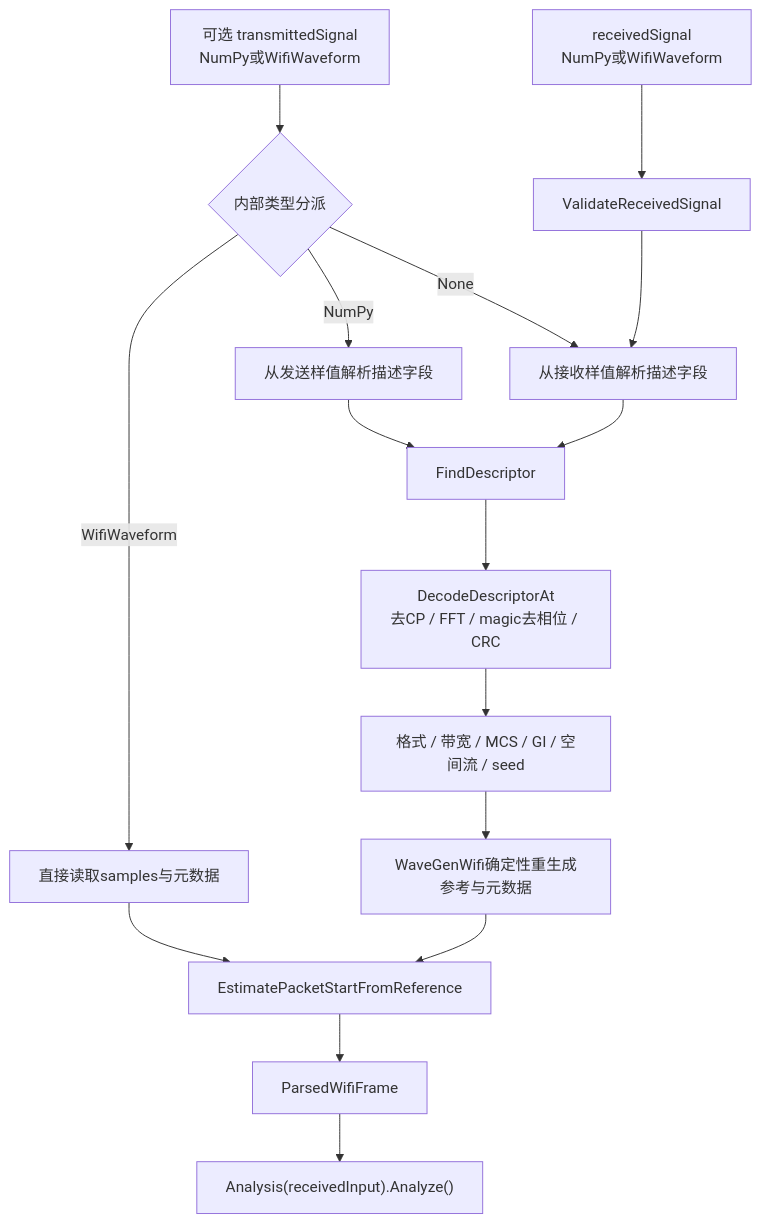
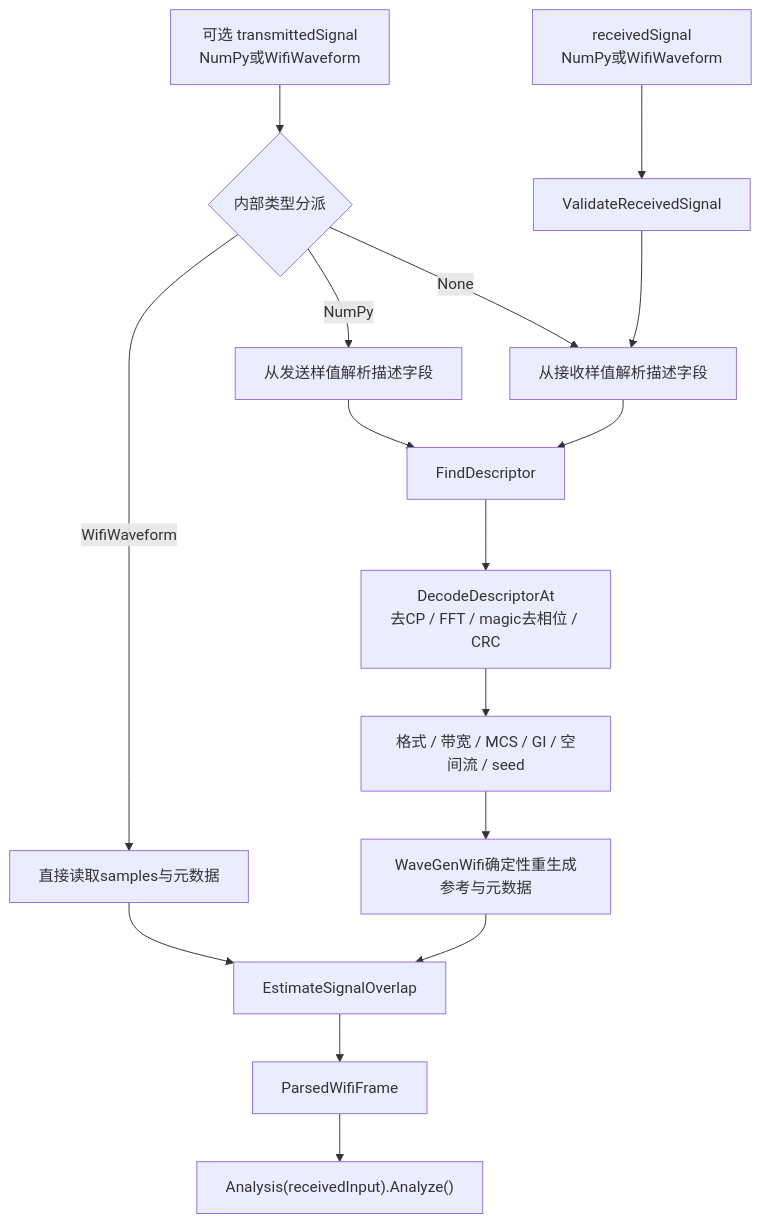
The fifth of 13 diagrams in README.md (niyilu45/DPD_ILC), drawn with Mermaid before and after one commit. The commit also changed other lines of this file and 7 other files, not shown here.

````diff
--- a/README.md
+++ b/README.md
@@ -224,18 +224,18 @@
 ```mermaid
 flowchart TD
     receive["receivedSignal<br/>NumPy或WifiWaveform"] --> validate["ValidateReceivedSignal"]
     transmit["可选 transmittedSignal<br/>NumPy或WifiWaveform"] --> dispatch{"内部类型分派"}
     dispatch -->|WifiWaveform| objectPath["直接读取samples与元数据"]
     dispatch -->|NumPy| descriptorSource["从发送样值解析描述字段"]
     dispatch -->|None| receiveDescriptor["从接收样值解析描述字段"]
     validate --> receiveDescriptor
     descriptorSource --> find["FindDescriptor"]
     receiveDescriptor --> find
     find --> decode["DecodeDescriptorAt<br/>去CP / FFT / magic去相位 / CRC"]
     decode --> parameters["格式 / 带宽 / MCS / GI / 空间流 / seed"]
     parameters --> regenerate["WaveGenWifi确定性重生成参考与元数据"]
-    objectPath --> correlate["EstimatePacketStartFromReference"]
+    objectPath --> correlate["EstimateSignalOverlap"]
     regenerate --> correlate
     correlate --> parsed["ParsedWifiFrame"]
     parsed --> analysis["Analysis(receivedInput).Analyze()"]
 ```
````
